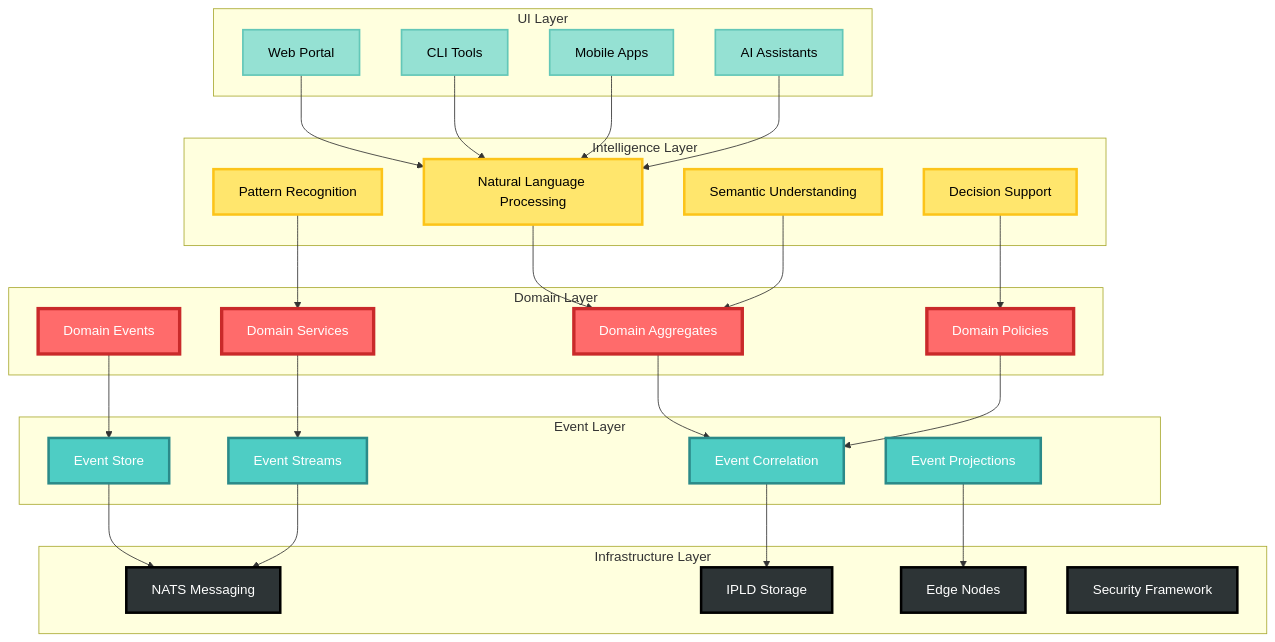
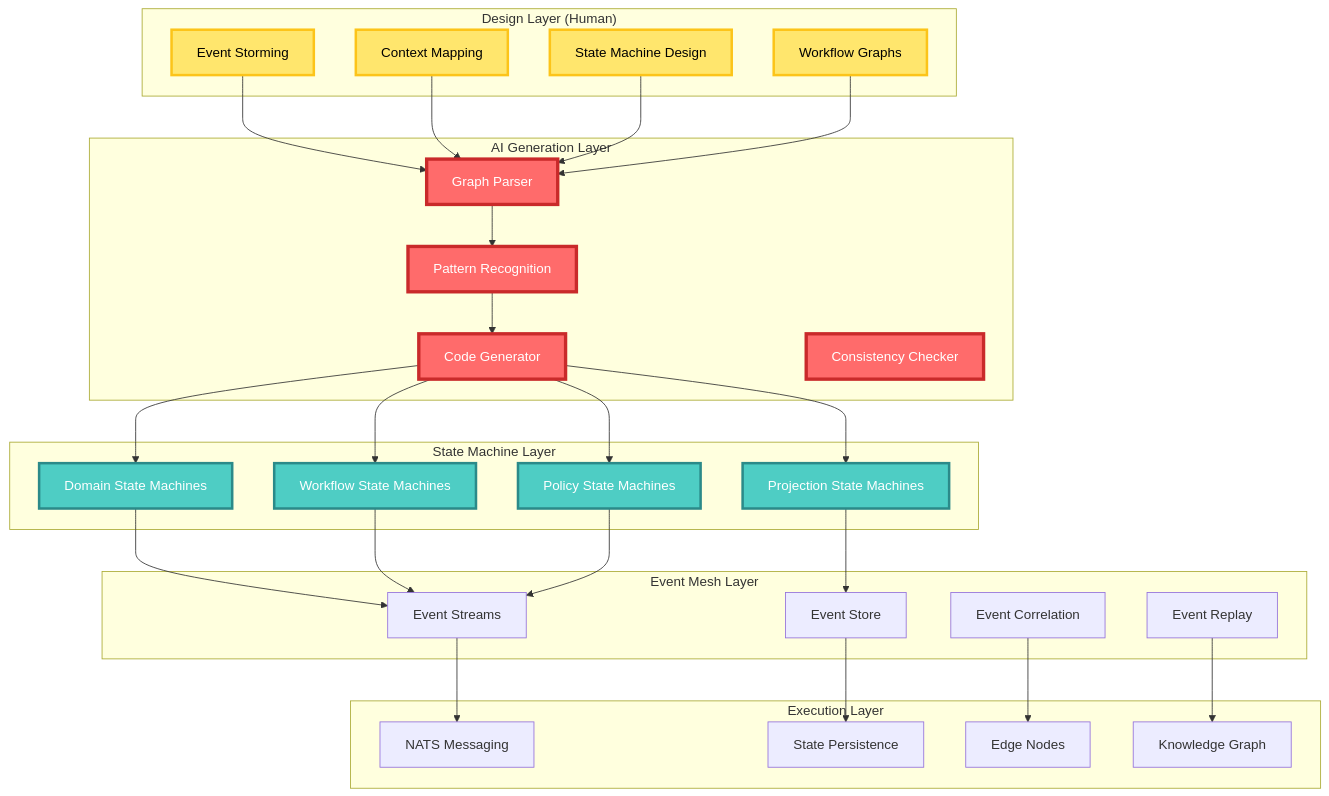
Before and after one commit to TheCowboyAI/cim: the first of 9 diagrams in doc/architecture-deep-dive.md, drawn with Mermaid. The commit also changed other lines of this file and 1 other file, not shown here.

First line of the commit message:
Complete documentation revision for visual-first architecture

````diff
--- a/doc/architecture-deep-dive.md
+++ b/doc/architecture-deep-dive.md
@@ -57,79 +62,73 @@
 ```mermaid
 graph TB
-    subgraph "UI Layer"
-        UI1[Web Portal]
-        UI2[CLI Tools]
-        UI3[Mobile Apps]
-        UI4[AI Assistants]
+    subgraph "Design Layer (Human)"
+        D1[Event Storming]
+        D2[Context Mapping]
+        D3[State Machine Design]
+        D4[Workflow Graphs]
     end
     
-    subgraph "Intelligence Layer"
-        IL1[Natural Language Processing]
-        IL2[Semantic Understanding]
-        IL3[Pattern Recognition]
-        IL4[Decision Support]
+    subgraph "AI Generation Layer"
+        AI1[Graph Parser]
+        AI2[Pattern Recognition]
+        AI3[Code Generator]
+        AI4[Consistency Checker]
     end
     
-    subgraph "Domain Layer"
-        DL1[Domain Aggregates]
-        DL2[Domain Services]
-        DL3[Domain Events]
-        DL4[Domain Policies]
+    subgraph "State Machine Layer"
+        SM1[Domain State Machines]
+        SM2[Workflow State Machines]
+        SM3[Policy State Machines]
+        SM4[Projection State Machines]
     end
     
-    subgraph "Event Layer"
-        EL1[Event Store]
-        EL2[Event Streams]
-        EL3[Event Correlation]
-        EL4[Event Projections]
+    subgraph "Event Mesh Layer"
+        E1[Event Streams]
+        E2[Event Store]
+        E3[Event Correlation]
+        E4[Event Replay]
     end
     
-    subgraph "Infrastructure Layer"
-        IF1[NATS Messaging]
-        IF2[IPLD Storage]
-        IF3[Edge Nodes]
-        IF4[Security Framework]
+    subgraph "Execution Layer"
+        X1[NATS Messaging]
+        X2[State Persistence]
+        X3[Edge Nodes]
+        X4[Knowledge Graph]
     end
     
-    UI1 --> IL1
-    UI2 --> IL1
-    UI3 --> IL1
-    UI4 --> IL1
+    D1 --> AI1
+    D2 --> AI1
+    D3 --> AI1
+    D4 --> AI1
     
-    IL1 --> DL1
-    IL2 --> DL1
-    IL3 --> DL2
-    IL4 --> DL4
+    AI1 --> AI2
+    AI2 --> AI3
+    AI3 --> SM1
+    AI3 --> SM2
+    AI3 --> SM3
+    AI3 --> SM4
     
-    DL1 --> EL3
-    DL2 --> EL2
-    DL3 --> EL1
-    DL4 --> EL3
+    SM1 --> E1
+    SM2 --> E1
+    SM3 --> E1
+    SM4 --> E2
     
-    EL1 --> IF1
-    EL2 --> IF1
-    EL3 --> IF2
-    EL4 --> IF3
+    E1 --> X1
+    E2 --> X2
+    E3 --> X3
+    E4 --> X4
     
     %% Styling
-    style UI1 fill:#95E1D3,stroke:#63C7B8,stroke-width:2px,color:#000
-    style UI2 fill:#95E1D3,stroke:#63C7B8,stroke-width:2px,color:#000
-    style UI3 fill:#95E1D3,stroke:#63C7B8,stroke-width:2px,color:#000
-    style UI4 fill:#95E1D3,stroke:#63C7B8,stroke-width:2px,color:#000
-    style IL1 fill:#FFE66D,stroke:#FCC419,stroke-width:3px,color:#000
-    style IL2 fill:#FFE66D,stroke:#FCC419,stroke-width:3px,color:#000
-    style IL3 fill:#FFE66D,stroke:#FCC419,stroke-width:3px,color:#000
-    style IL4 fill:#FFE66D,stroke:#FCC419,stroke-width:3px,color:#000
-    style DL1 fill:#FF6B6B,stroke:#C92A2A,stroke-width:4px,color:#FFF
-    style DL2 fill:#FF6B6B,stroke:#C92A2A,stroke-width:4px,color:#FFF
-    style DL3 fill:#FF6B6B,stroke:#C92A2A,stroke-width:4px,color:#FFF
-    style DL4 fill:#FF6B6B,stroke:#C92A2A,stroke-width:4px,color:#FFF
-    style EL1 fill:#4ECDC4,stroke:#2B8A89,stroke-width:3px,color:#FFF
-    style EL2 fill:#4ECDC4,stroke:#2B8A89,stroke-width:3px,color:#FFF
-    style EL3 fill:#4ECDC4,stroke:#2B8A89,stroke-width:3px,color:#FFF
-    style EL4 fill:#4ECDC4,stroke:#2B8A89,stroke-width:3px,color:#FFF
-    style IF1 fill:#2D3436,stroke:#000,stroke-width:3px,color:#FFF
-    style IF2 fill:#2D3436,stroke:#000,stroke-width:3px,color:#FFF
-    style IF3 fill:#2D3436,stroke:#000,stroke-width:3px,color:#FFF
-    style IF4 fill:#2D3436,stroke:#000,stroke-width:3px,color:#FFF
+    style D1 fill:#FFE66D,stroke:#FCC419,stroke-width:3px,color:#000
+    style D2 fill:#FFE66D,stroke:#FCC419,stroke-width:3px,color:#000
+    style D3 fill:#FFE66D,stroke:#FCC419,stroke-width:3px,color:#000
+    style D4 fill:#FFE66D,stroke:#FCC419,stroke-width:3px,color:#000
+    style AI1 fill:#FF6B6B,stroke:#C92A2A,stroke-width:4px,color:#FFF
+    style AI2 fill:#FF6B6B,stroke:#C92A2A,stroke-width:4px,color:#FFF
+    style AI3 fill:#FF6B6B,stroke:#C92A2A,stroke-width:4px,color:#FFF
+    style AI4 fill:#FF6B6B,stroke:#C92A2A,stroke-width:4px,color:#FFF
+    style SM1 fill:#4ECDC4,stroke:#2B8A89,stroke-width:3px,color:#FFF
+    style SM2 fill:#4ECDC4,stroke:#2B8A89,stroke-width:3px,color:#FFF
+    style SM3 fill:#4ECDC4,stroke:#2B8A89,stroke-width:3px,color:#FFF
+    style SM4 fill:#4ECDC4,stroke:#2B8A89,stroke-width:3px,color:#FFF
 ```
````
